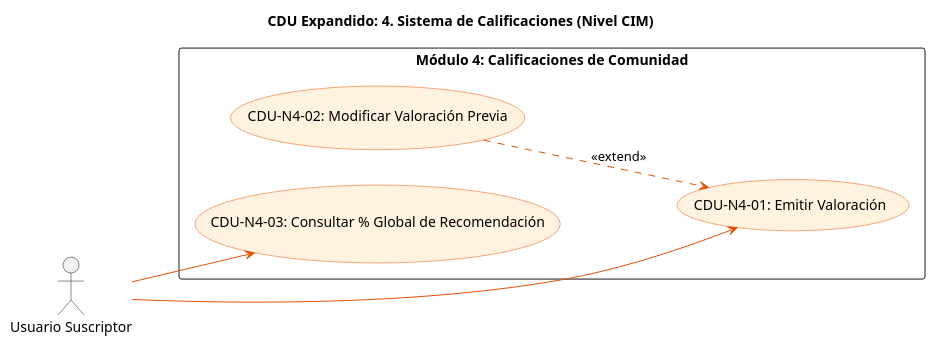
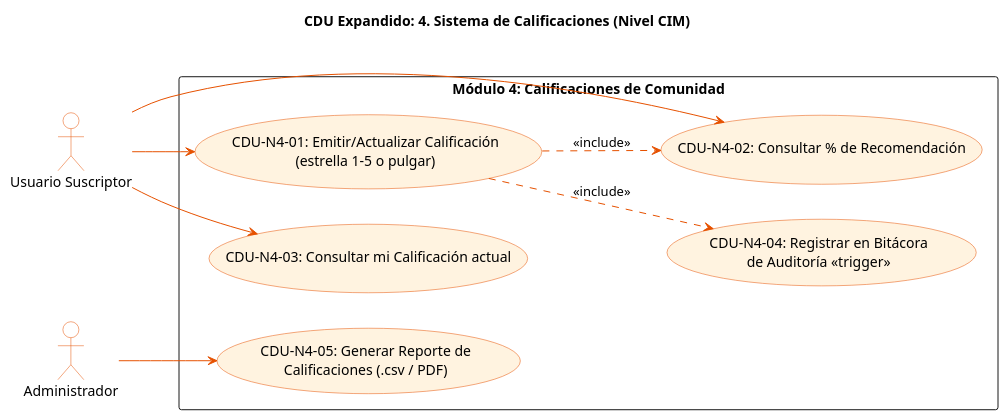
Before and after one commit to DMoises/-SA_PROYECTO_G4: the diagram in docs/temp/diagrams/casos de uso/4_calificaciones.puml, drawn with PlantUML. The commit also changed 3 other files, not shown here.

Commit message:
docs: reconstruir CDU 4-7 desde codigo y agregar casos de uso de Fase 2

```diff
--- a/docs/temp/diagrams/casos de uso/4_calificaciones.puml
+++ b/docs/temp/diagrams/casos de uso/4_calificaciones.puml
@@ -1,24 +1,37 @@
 @startuml
 left to right direction
 skinparam packageStyle rectangle
 skinparam usecase {
   BackgroundColor #FFF3E0
   BorderColor #E65100
   ArrowColor #E65100
 }
+skinparam actor {
+  BackgroundColor #FFFFFF
+  BorderColor #E65100
+}
 
 title CDU Expandido: 4. Sistema de Calificaciones (Nivel CIM)
 
-actor "Usuario Suscriptor" as user
+actor "Usuario Suscriptor" as suscriptor
+actor "Administrador" as admin
 
 package "Módulo 4: Calificaciones de Comunidad" {
-  usecase "CDU-N4-01: Emitir Valoración" as valorar
-  usecase "CDU-N4-02: Modificar Valoración Previa" as modificar
-  usecase "CDU-N4-03: Consultar % Global de Recomendación" as visualizar
+  ' Base alineada con rating-service (Calificar / ObtenerRecomendacion / ObtenerCalificacionUsuario)
+  usecase "CDU-N4-01: Emitir/Actualizar Calificación\n(estrella 1-5 o pulgar)" as calificar
+  usecase "CDU-N4-02: Consultar % de Recomendación" as recomendacion
+  usecase "CDU-N4-03: Consultar mi Calificación actual" as miCalif
+  ' Fase 2
+  usecase "CDU-N4-04: Registrar en Bitácora\nde Auditoría <<trigger>>" as auditar
+  usecase "CDU-N4-05: Generar Reporte de\nCalificaciones (.csv / PDF)" as reporte
 }
 
-user --> valorar
-user --> visualizar
-modificar ..> valorar : <<extend>>
+suscriptor --> calificar
+suscriptor --> recomendacion
+suscriptor --> miCalif
+admin --> reporte
+
+calificar ..> recomendacion : <<include>>
+calificar ..> auditar : <<include>>
 
 @enduml
```
